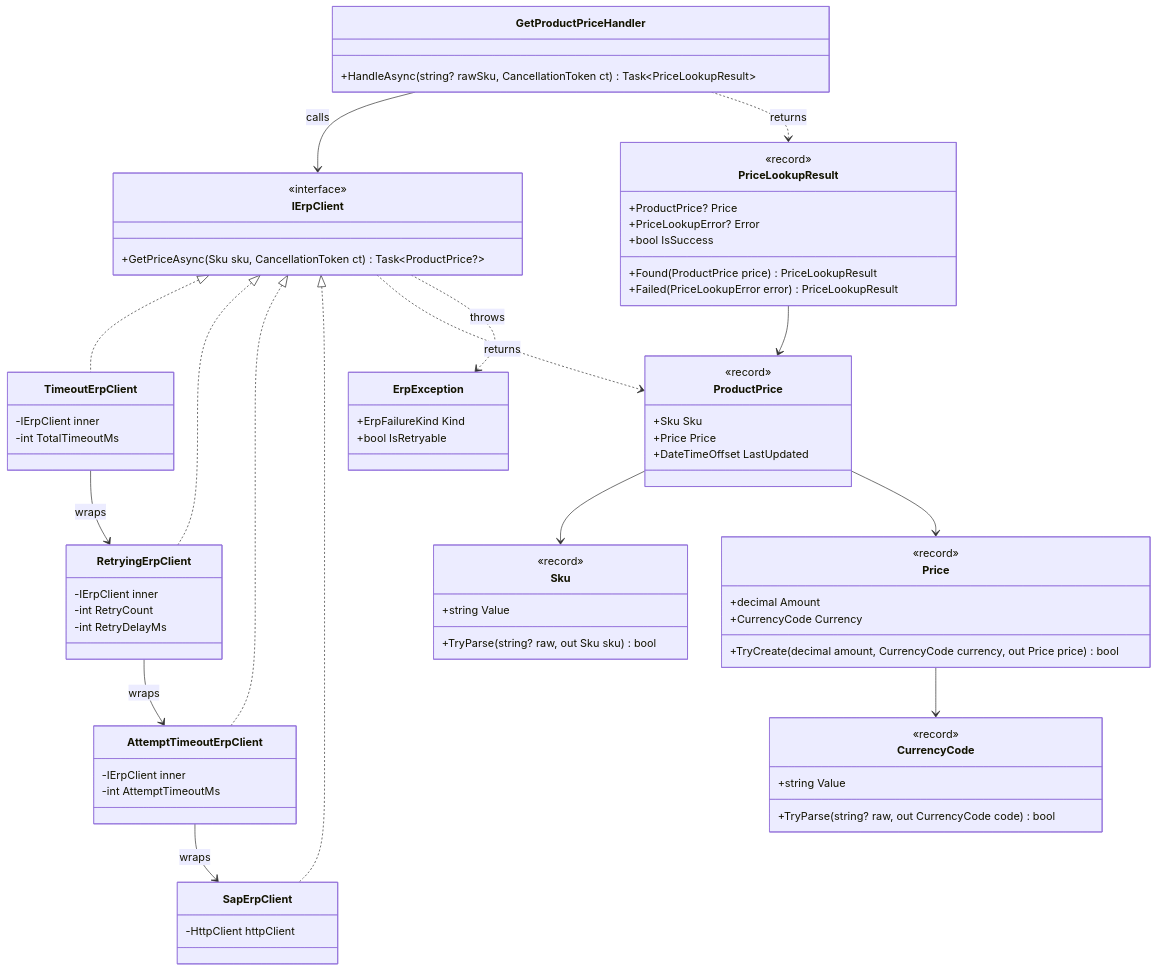
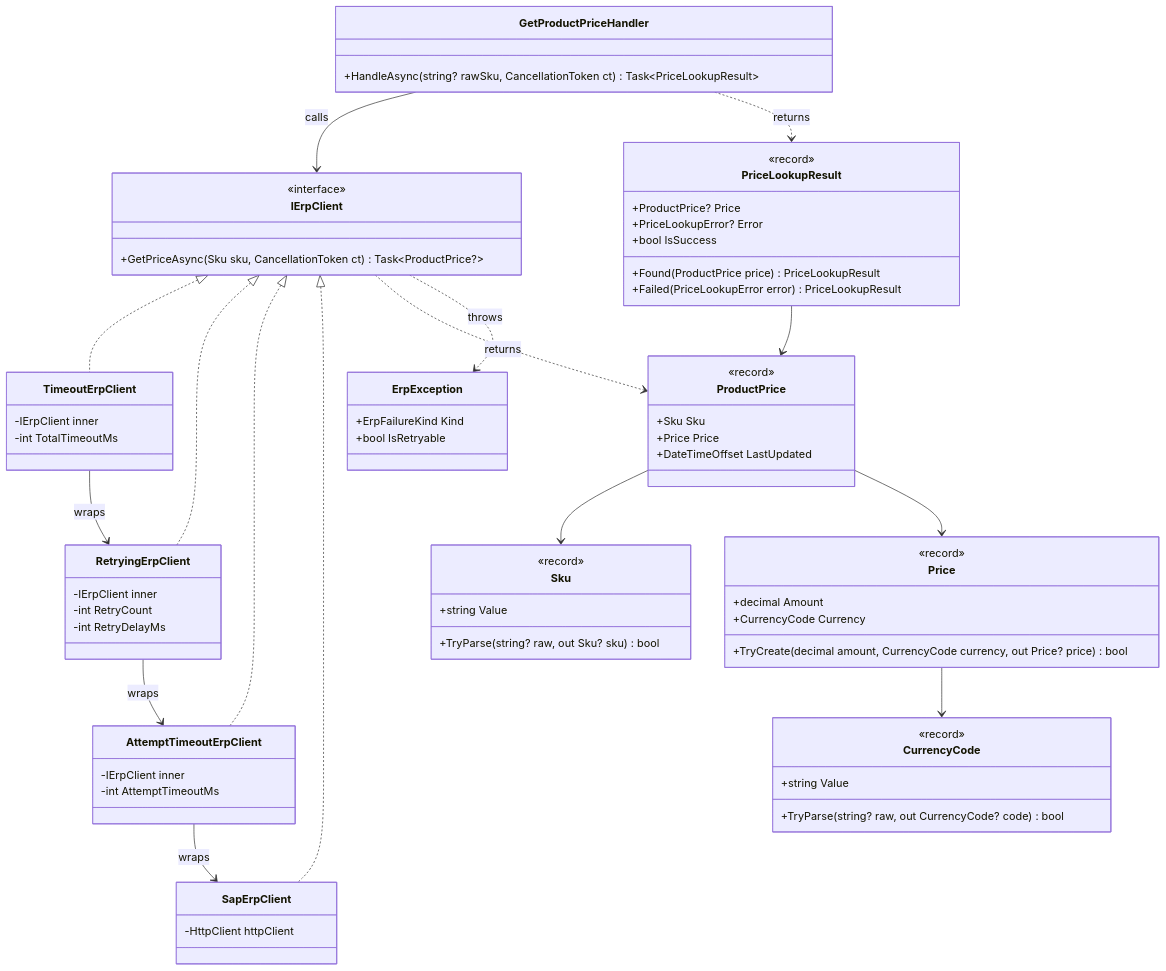
Before and after one commit to walentyk/price-lookup-service: the third of 7 diagrams in docs/architecture.md, drawn with Mermaid. The commit also changed 8 other files, not shown here.

````diff
--- a/docs/architecture.md
+++ b/docs/architecture.md
@@ -87,78 +87,78 @@
 ```mermaid
 classDiagram
     direction TB
 
     class GetProductPriceHandler {
         +HandleAsync(string? rawSku, CancellationToken ct) Task~PriceLookupResult~
     }
     class PriceLookupResult {
         <<record>>
         +ProductPrice? Price
         +PriceLookupError? Error
         +bool IsSuccess
         +Found(ProductPrice price) PriceLookupResult
         +Failed(PriceLookupError error) PriceLookupResult
     }
     class IErpClient {
         <<interface>>
         +GetPriceAsync(Sku sku, CancellationToken ct) Task~ProductPrice?~
     }
     class TimeoutErpClient {
         -IErpClient inner
         -int TotalTimeoutMs
     }
     class RetryingErpClient {
         -IErpClient inner
         -int RetryCount
         -int RetryDelayMs
     }
     class AttemptTimeoutErpClient {
         -IErpClient inner
         -int AttemptTimeoutMs
     }
     class SapErpClient {
         -HttpClient httpClient
     }
     class ErpException {
         +ErpFailureKind Kind
         +bool IsRetryable
     }
     class ProductPrice {
         <<record>>
         +Sku Sku
         +Price Price
         +DateTimeOffset LastUpdated
     }
     class Sku {
         <<record>>
         +string Value
-        +TryParse(string? raw, out Sku sku) bool
+        +TryParse(string? raw, out Sku? sku) bool
     }
     class Price {
         <<record>>
         +decimal Amount
         +CurrencyCode Currency
-        +TryCreate(decimal amount, CurrencyCode currency, out Price price) bool
+        +TryCreate(decimal amount, CurrencyCode currency, out Price? price) bool
     }
     class CurrencyCode {
         <<record>>
         +string Value
-        +TryParse(string? raw, out CurrencyCode code) bool
+        +TryParse(string? raw, out CurrencyCode? code) bool
     }
 
     GetProductPriceHandler --> IErpClient : calls
     GetProductPriceHandler ..> PriceLookupResult : returns
     IErpClient <|.. TimeoutErpClient
     IErpClient <|.. RetryingErpClient
     IErpClient <|.. AttemptTimeoutErpClient
     IErpClient <|.. SapErpClient
     TimeoutErpClient --> RetryingErpClient : wraps
     RetryingErpClient --> AttemptTimeoutErpClient : wraps
     AttemptTimeoutErpClient --> SapErpClient : wraps
     IErpClient ..> ProductPrice : returns
     IErpClient ..> ErpException : throws
     PriceLookupResult --> ProductPrice
     ProductPrice --> Sku
     ProductPrice --> Price
     Price --> CurrencyCode
 ```
````
